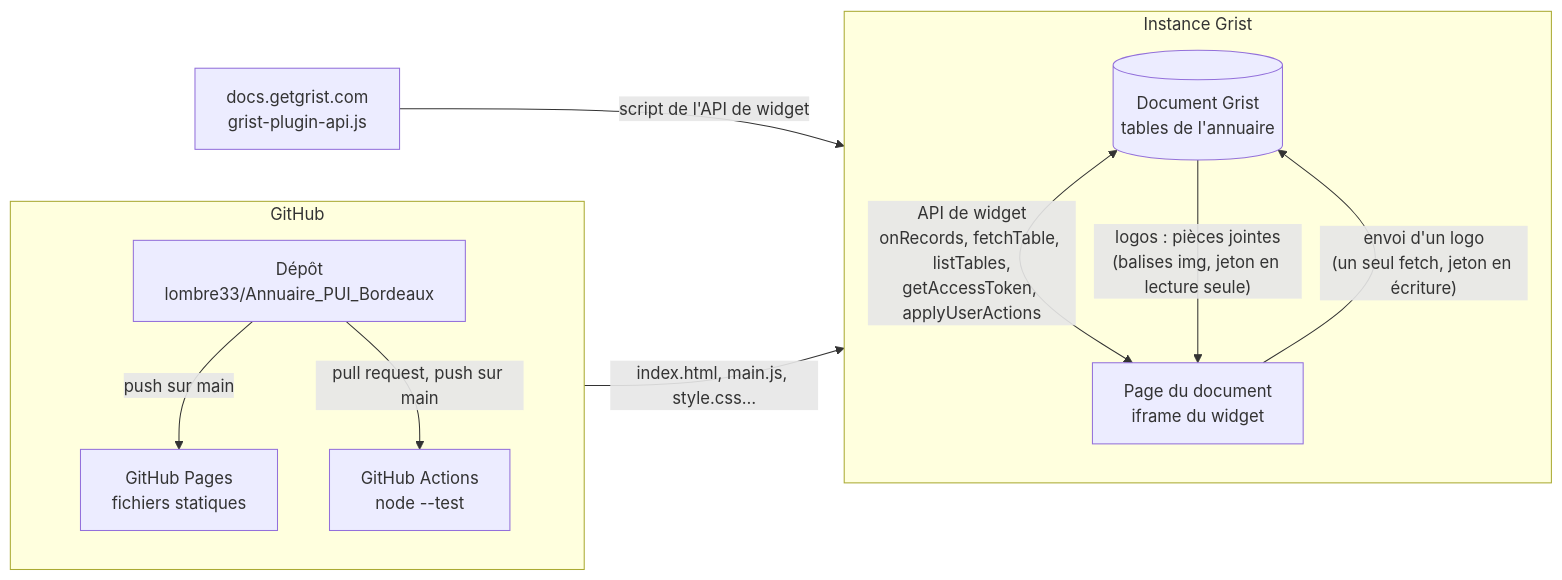
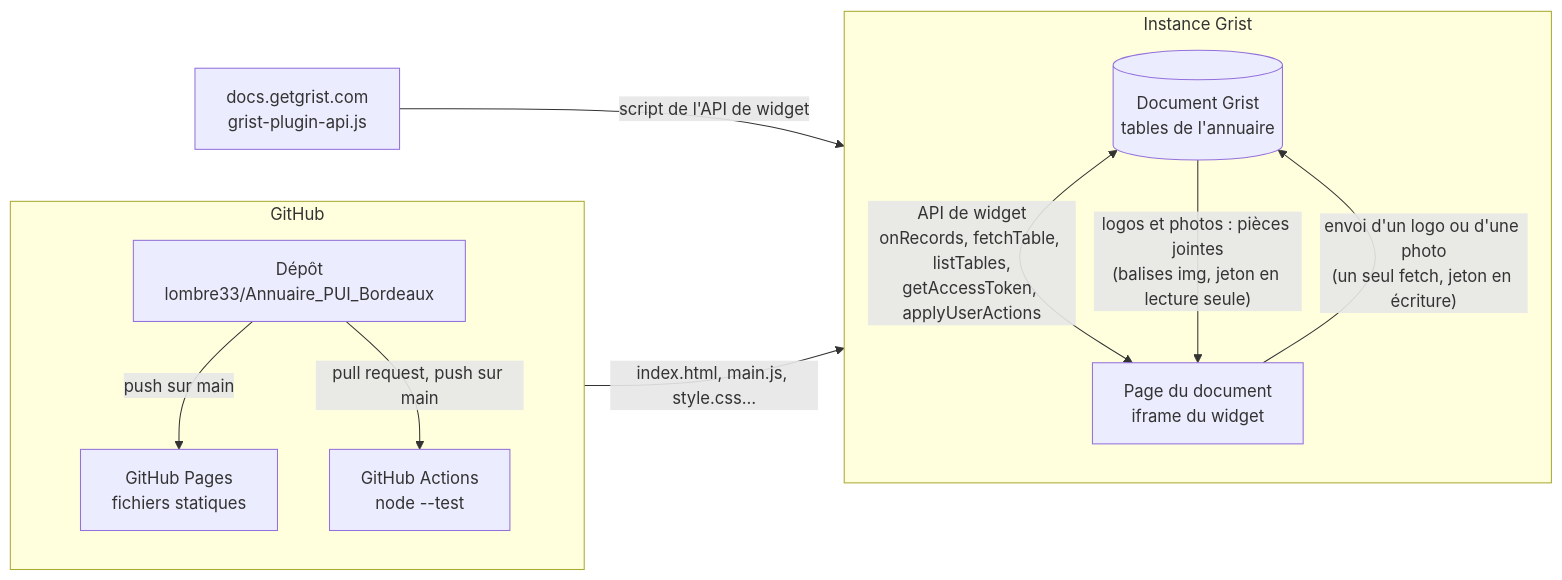
One commit to lombre33/Annuaire_PUI_Bordeaux changed the first of 7 diagrams in docs/developpeurs.md. Above: the diagram before and after it, drawn with Mermaid. The commit also changed other lines of this file and 16 other files, not shown here.

````diff
--- a/docs/developpeurs.md
+++ b/docs/developpeurs.md
@@ -35,22 +35,22 @@
 ```mermaid
 flowchart LR
     subgraph grist["Instance Grist"]
         direction TB
         doc[("Document Grist<br/>tables de l'annuaire")]
         page["Page du document<br/>iframe du widget"]
         doc <-->|"API de widget<br/>onRecords, fetchTable, listTables,<br/>getAccessToken, applyUserActions"| page
-        doc -->|"logos : pièces jointes<br/>(balises img, jeton en lecture seule)"| page
-        page -->|"envoi d'un logo<br/>(un seul fetch, jeton en écriture)"| doc
+        doc -->|"logos et photos : pièces jointes<br/>(balises img, jeton en lecture seule)"| page
+        page -->|"envoi d'un logo ou d'une photo<br/>(un seul fetch, jeton en écriture)"| doc
     end
     subgraph github["GitHub"]
         direction TB
         repo["Dépôt<br/>lombre33/Annuaire_PUI_Bordeaux"]
         pages["GitHub Pages<br/>fichiers statiques"]
         ci["GitHub Actions<br/>node --test"]
         repo -->|"push sur main"| pages
         repo -->|"pull request, push sur main"| ci
     end
     api["docs.getgrist.com<br/>grist-plugin-api.js"]
     pages -->|"index.html, main.js, style.css…"| page
     api -->|"script de l'API de widget"| page
 ```
````
